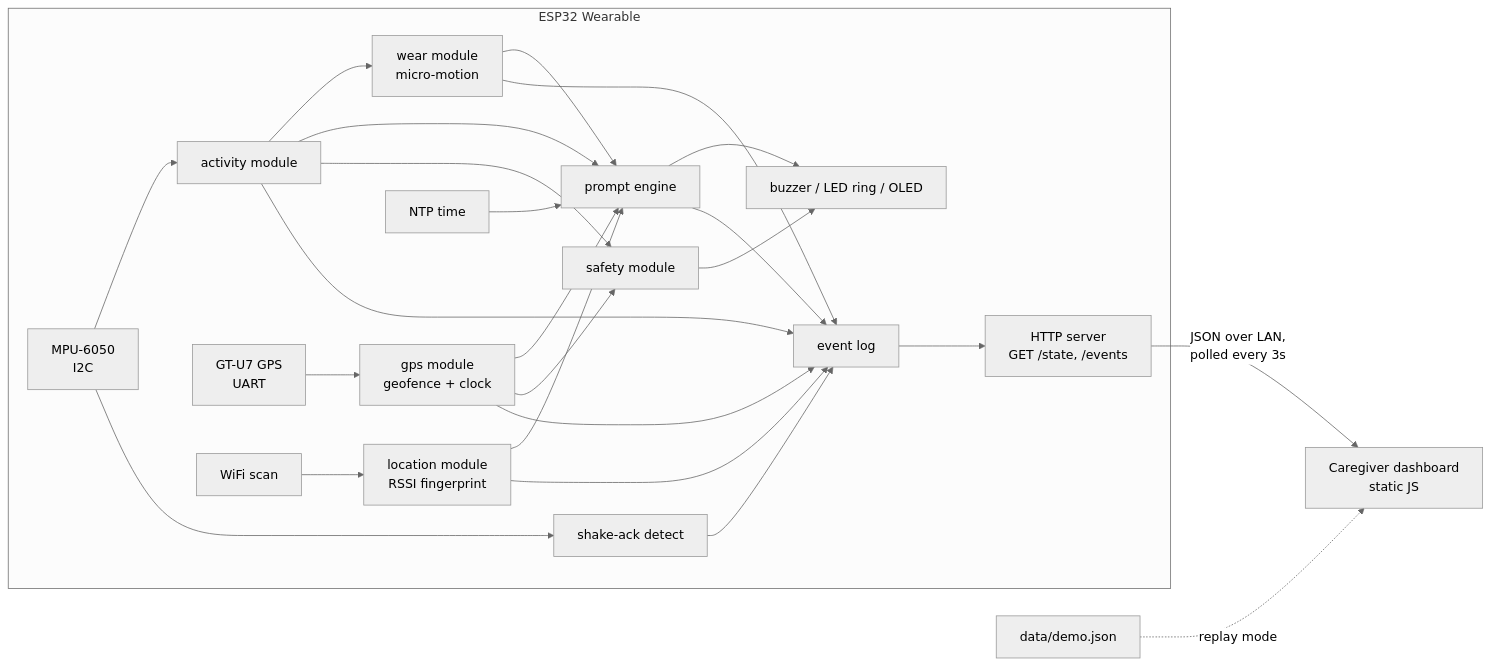
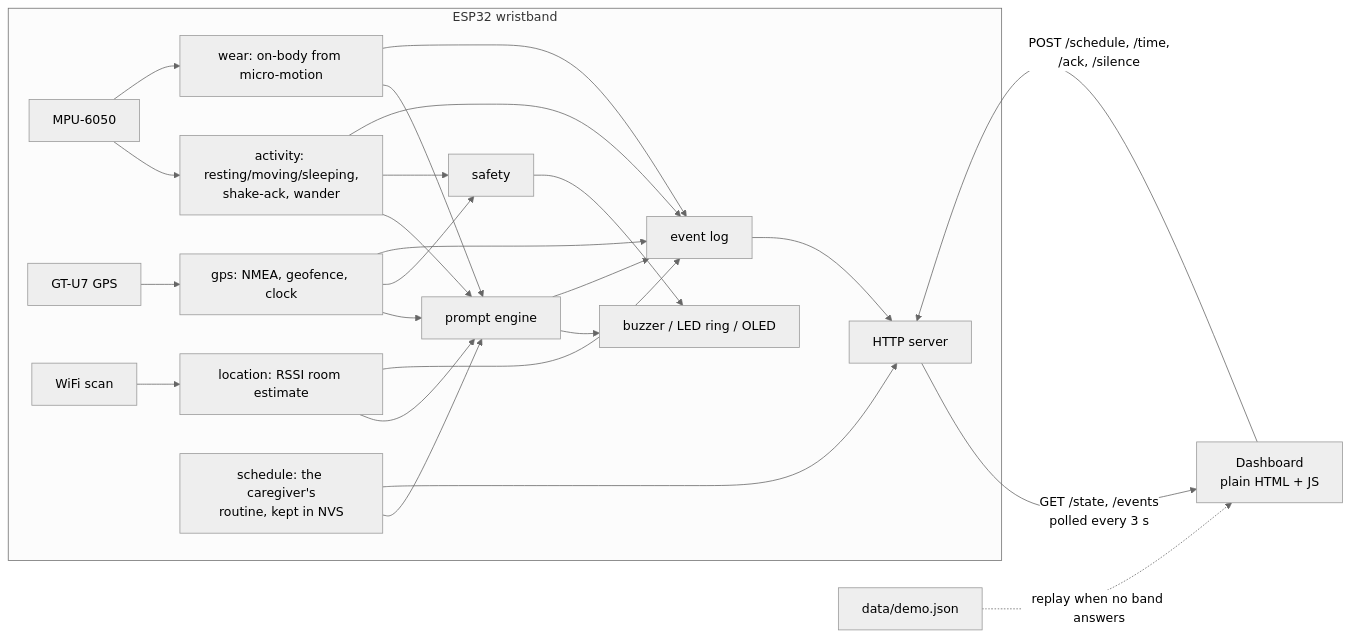
One commit to jpt1729/hackmit changed the diagram in README.md. Above: the diagram before and after it, drawn with Mermaid (neutral theme). The commit also changed other lines of this file and 29 other files, not shown here.

````diff
--- a/README.md
+++ b/README.md
@@ -43,28 +60,28 @@
 ```mermaid
 flowchart LR
-    subgraph Wearable [ESP32 Wearable]
-        ACC[MPU-6050<br/>I2C] --> ACT[activity module]
-        ACC --> ACK[shake-ack detect]
-        ACT --> WEAR[wear module<br/>micro-motion]
-        GPSM[GT-U7 GPS<br/>UART] --> GPS[gps module<br/>geofence + clock]
-        WIFI[WiFi scan] --> LOC[location module<br/>RSSI fingerprint]
-        ACT --> PE[prompt engine]
+    subgraph Band [ESP32 wristband]
+        ACC[MPU-6050] --> ACT[activity: resting/moving/sleeping,<br/>shake-ack, wander]
+        ACC --> WEAR[wear: on-body from micro-motion]
+        GPSM[GT-U7 GPS] --> GPS[gps: NMEA, geofence, clock]
+        WIFI[WiFi scan] --> LOC[location: RSSI room estimate]
+        SCHED[schedule: the caregiver's<br/>routine, kept in NVS] --> PE[prompt engine]
+        ACT --> PE
         LOC --> PE
         WEAR --> PE
         GPS --> PE
-        CLK[NTP time] --> PE
-        GPS --> SAF[safety module]
+        GPS --> SAF[safety]
         ACT --> SAF
         PE --> OUT[buzzer / LED ring / OLED]
         SAF --> OUT
-        ACK --> LOG[event log]
-        PE --> LOG
+        PE --> LOG[event log]
+        ACT --> LOG
         WEAR --> LOG
-        ACT --> LOG
         LOC --> LOG
         GPS --> LOG
-        LOG --> API[HTTP server<br/>GET /state, /events]
+        LOG --> API[HTTP server]
+        SCHED --> API
     end
-    API -- "JSON over LAN,<br/>polled every 3s" --> DASH[Caregiver dashboard<br/>static JS]
-    DEMO[data/demo.json] -. replay mode .-> DASH
+    API -- "GET /state, /events<br/>polled every 3 s" --> DASH[Dashboard<br/>plain HTML + JS]
+    DASH -- "POST /schedule, /time,<br/>/ack, /silence" --> API
+    DEMO[data/demo.json] -. replay when no band answers .-> DASH
 ```
````
